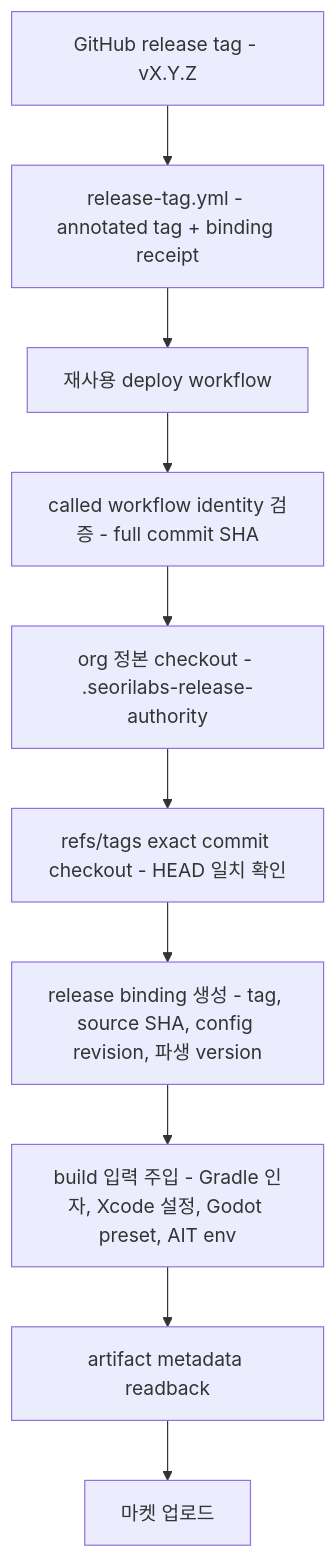
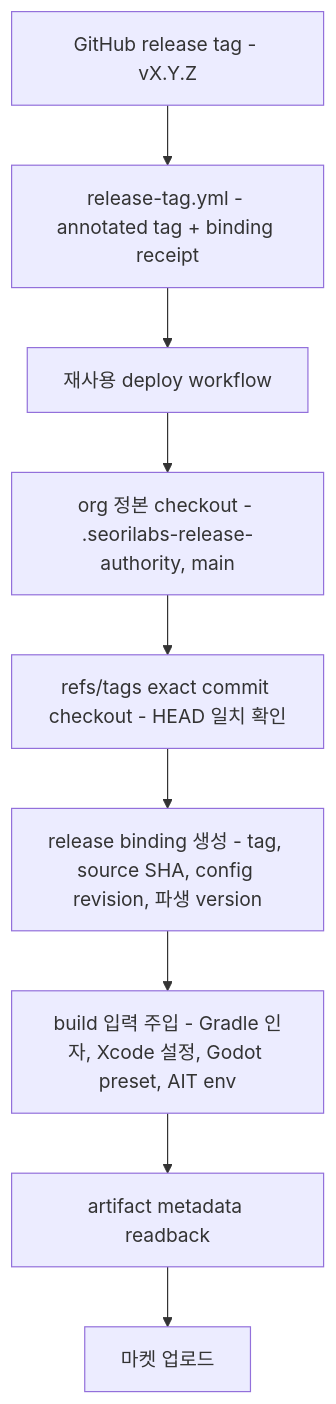
One commit to seorilabs/.github changed the diagram in docs/ci-cd/release-version-authority.md. Above: the diagram before and after it, drawn with Mermaid. The commit also changed other lines of this file and 262 other files, not shown here.

````diff
--- a/docs/ci-cd/release-version-authority.md
+++ b/docs/ci-cd/release-version-authority.md
@@ -79,12 +79,11 @@
 ```mermaid
 flowchart TD
     T["GitHub release tag - vX.Y.Z"] --> R["release-tag.yml - annotated tag + binding receipt"]
     R --> D["재사용 deploy workflow"]
-    D --> A["called workflow identity 검증 - full commit SHA"]
-    A --> B["org 정본 checkout - .seorilabs-release-authority"]
+    D --> B["org 정본 checkout - .seorilabs-release-authority, main"]
     B --> C["refs/tags exact commit checkout - HEAD 일치 확인"]
     C --> E["release binding 생성 - tag, source SHA, config revision, 파생 version"]
     E --> F["build 입력 주입 - Gradle 인자, Xcode 설정, Godot preset, AIT env"]
     F --> G["artifact metadata readback"]
     G --> H["마켓 업로드"]
 ```
````
